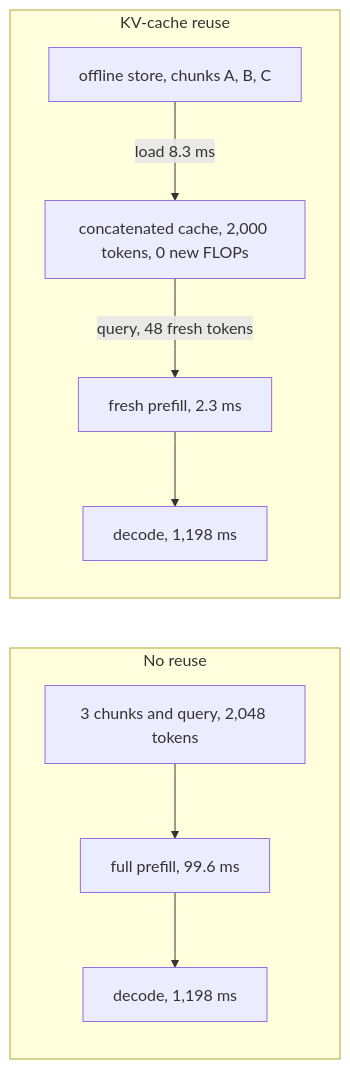
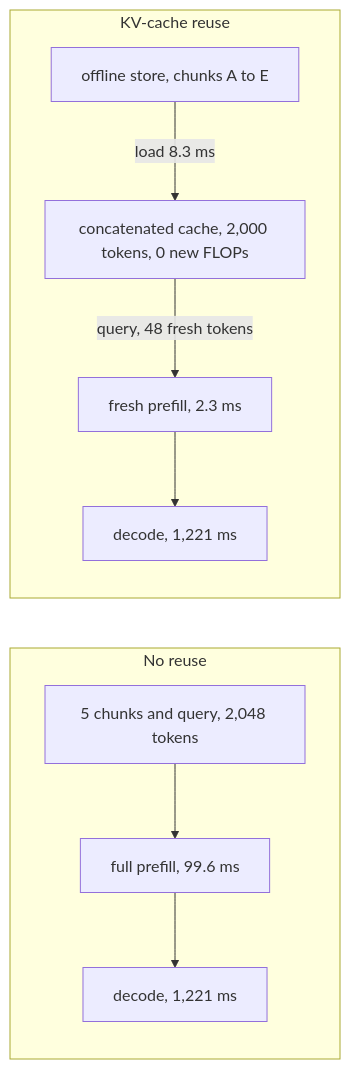
One commit to arunshar/rag-interview-chapters changed the first of 6 diagrams in chapters/37_latency_cost_and_systems.md. Above: the diagram before and after it, drawn with Mermaid. The commit also changed other lines of this file and 132 other files, not shown here.

````diff
--- a/chapters/37_latency_cost_and_systems.md
+++ b/chapters/37_latency_cost_and_systems.md
@@ -718,10 +718,10 @@
 ```mermaid
 flowchart LR
   subgraph NR["No reuse"]
-    N1["3 chunks and query, 2,048 tokens"] --> N2["full prefill, 99.6 ms"] --> N3["decode, 1,198 ms"]
+    N1["5 chunks and query, 2,048 tokens"] --> N2["full prefill, 99.6 ms"] --> N3["decode, 1,221 ms"]
   end
   subgraph KR["KV-cache reuse"]
-    S["offline store, chunks A, B, C"] -->|"load 8.3 ms"| K["concatenated cache, 2,000 tokens, 0 new FLOPs"]
-    K -->|"query, 48 fresh tokens"| P["fresh prefill, 2.3 ms"] --> D["decode, 1,198 ms"]
+    S["offline store, chunks A to E"] -->|"load 8.3 ms"| K["concatenated cache, 2,000 tokens, 0 new FLOPs"]
+    K -->|"query, 48 fresh tokens"| P["fresh prefill, 2.3 ms"] --> D["decode, 1,221 ms"]
   end
 ```
````
